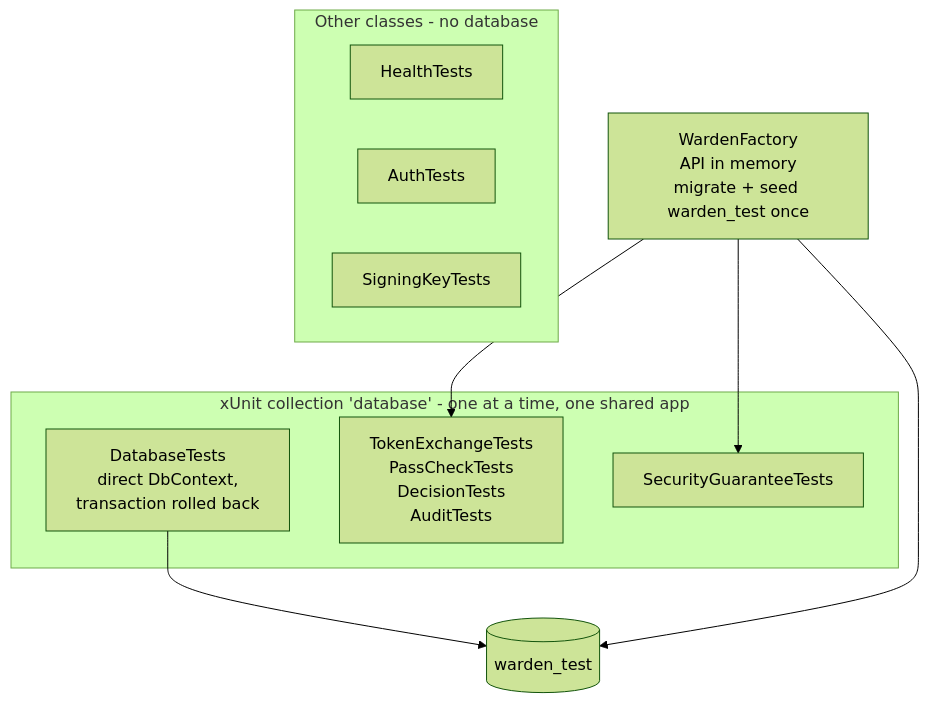
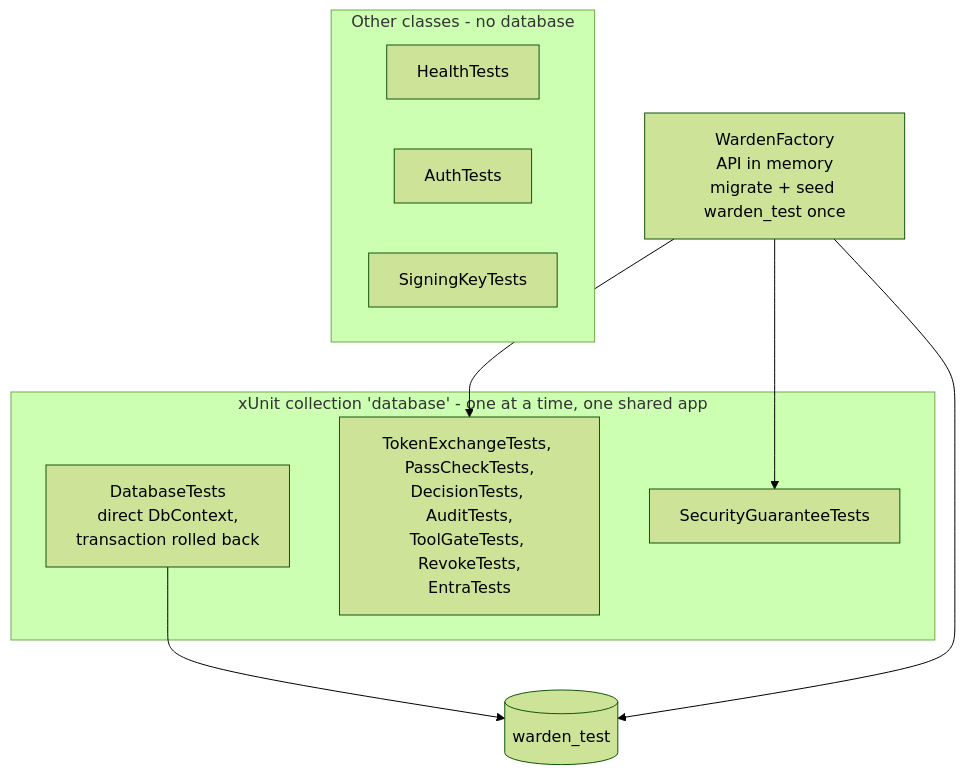
Diagram 17 of 17 in warden/docs/how-it-works.md (musishere/Warden-tickmark), drawn with Mermaid (forest theme) before and after one commit. The commit also changed other lines of this file and 5 other files, not shown here.

````diff
--- a/warden/docs/how-it-works.md
+++ b/warden/docs/how-it-works.md
@@ -505,17 +618,17 @@
 ```mermaid
 flowchart TB
     subgraph Collection["xUnit collection 'database' - one at a time, one shared app"]
         DBT[DatabaseTests<br/>direct DbContext,<br/>transaction rolled back]
-        TET[TokenExchangeTests<br/>PassCheckTests<br/>DecisionTests<br/>AuditTests]
+        TET[TokenExchangeTests, PassCheckTests,<br/>DecisionTests, AuditTests,<br/>ToolGateTests, RevokeTests,<br/>EntraTests]
         SGT[SecurityGuaranteeTests]
     end
     F[WardenFactory<br/>API in memory<br/>migrate + seed warden_test once] --> TET
     F --> SGT
     DBT --> TDB[(warden_test)]
     F --> TDB
     subgraph Parallel[Other classes - no database]
         HT[HealthTests]
         AT[AuthTests]
         SK[SigningKeyTests]
     end
 ```
````
